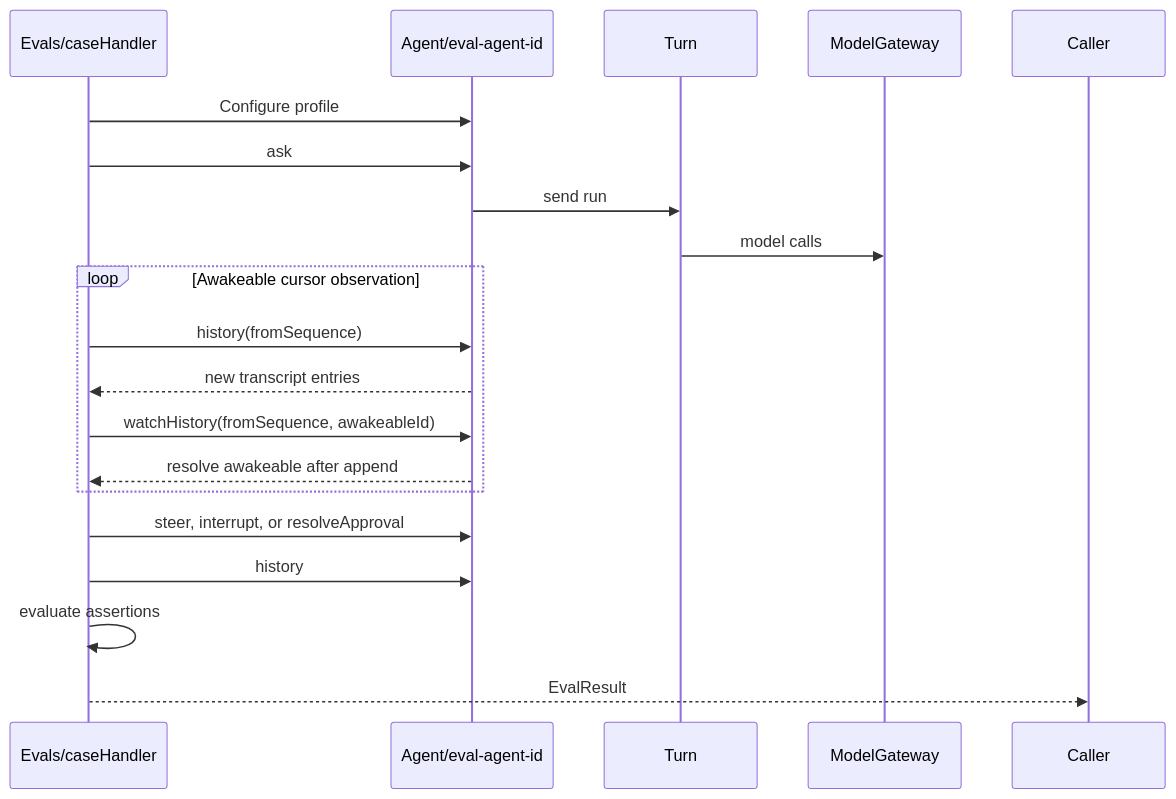
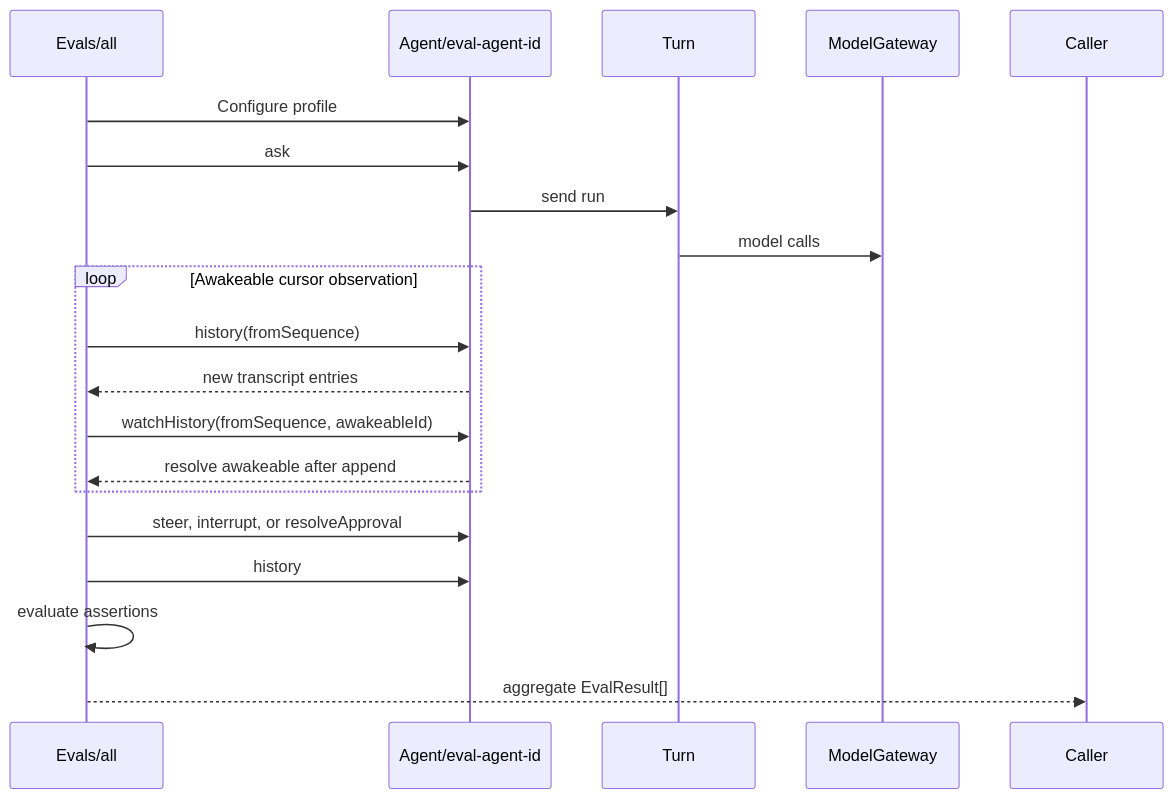
One commit to restatedev/agent changed the diagram in packages/libs/example/EVALS.md. Above: the diagram before and after it, drawn with Mermaid. The commit also changed other lines of this file and 2 other files, not shown here.

Commit message:
refactor(example): run all evals concurrently

````diff
--- a/packages/libs/example/EVALS.md
+++ b/packages/libs/example/EVALS.md
@@ -12,24 +11,24 @@
 ```mermaid
 sequenceDiagram
-  participant E as Evals/caseHandler
+  participant E as Evals/all
   participant A as Agent/eval-agent-id
   participant T as Turn
   participant M as ModelGateway
 
   E->>A: Configure profile
   E->>A: ask
   A->>T: send run
   T->>M: model calls
 
   loop Awakeable cursor observation
     E->>A: history(fromSequence)
     A-->>E: new transcript entries
     E->>A: watchHistory(fromSequence, awakeableId)
     A-->>E: resolve awakeable after append
   end
 
   E->>A: steer, interrupt, or resolveApproval
   E->>A: history
   E->>E: evaluate assertions
-  E-->>Caller: EvalResult
+  E-->>Caller: aggregate EvalResult[]
 ```
````
